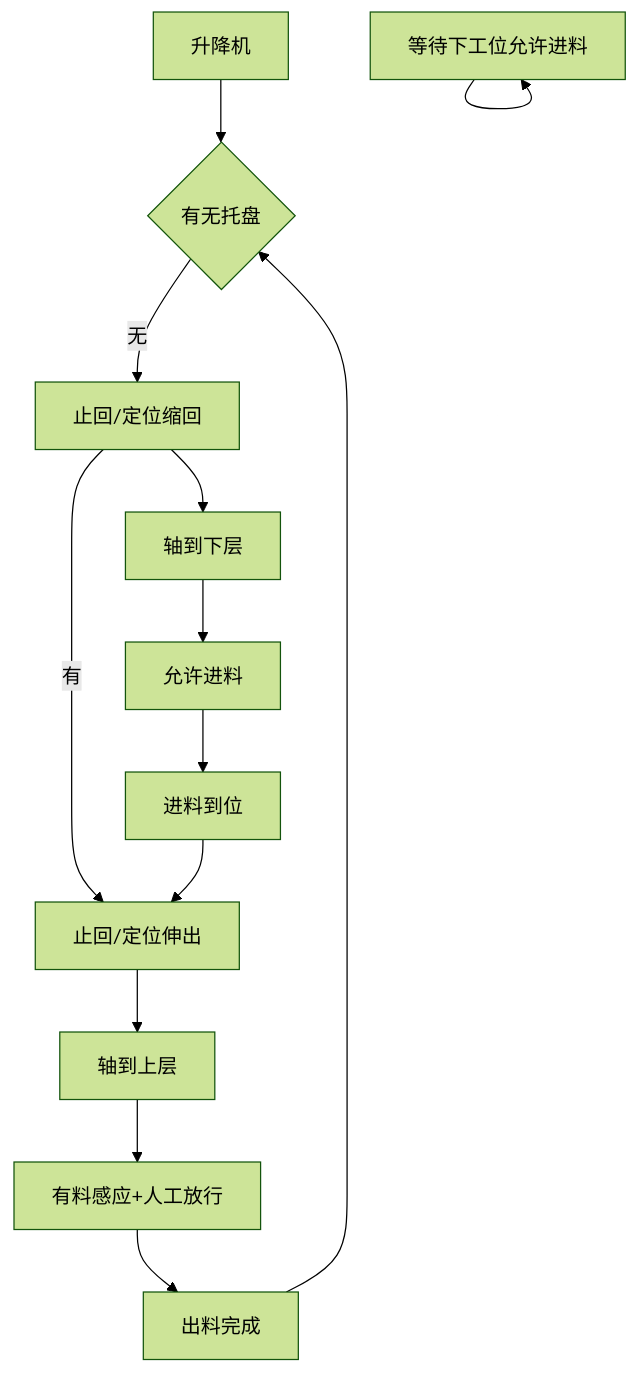
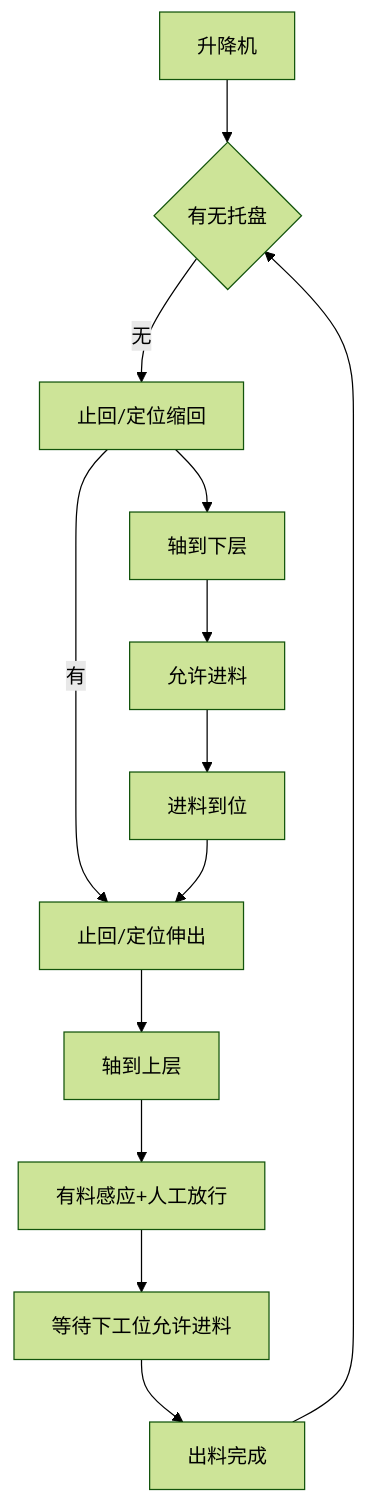
The diagram in all/升降台.md (PengKun1/iodraw-files), drawn with Mermaid (forest theme) before and after one commit.

Commit message:
2024-12-23 10:24:26 update

````diff
--- a/all/升降台.md
+++ b/all/升降台.md
@@ -1,16 +1,16 @@
 ```mermaid
 graph TD
 0[升降机]-->10
 10{有无托盘}-->|无|20
 20-->|有|60
 20[止回/定位缩回]-->30
 30[轴到下层]-->40
 40[允许进料]-->50
 50[进料到位]-->60
 60[止回/定位伸出]-->70
 70[轴到上层]-->80
-80[有料感应+人工放行]-->100
-90[等待下工位允许进料]-->90
+80[有料感应+人工放行]-->90
+90[等待下工位允许进料]-->100
 
 100[出料完成]-->10
 ```
````
